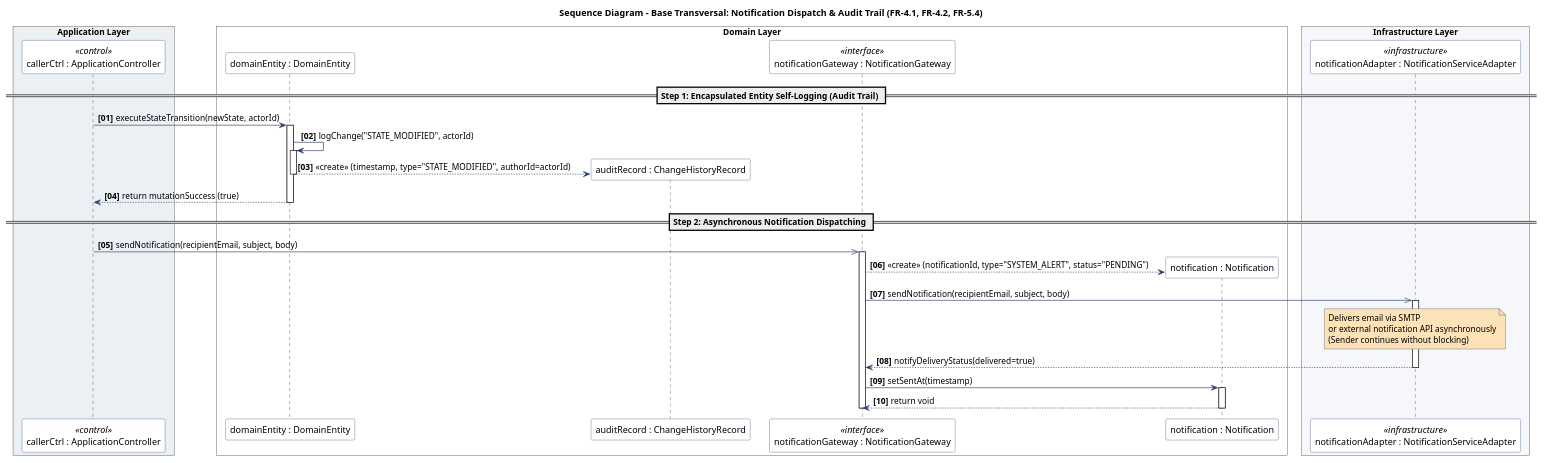
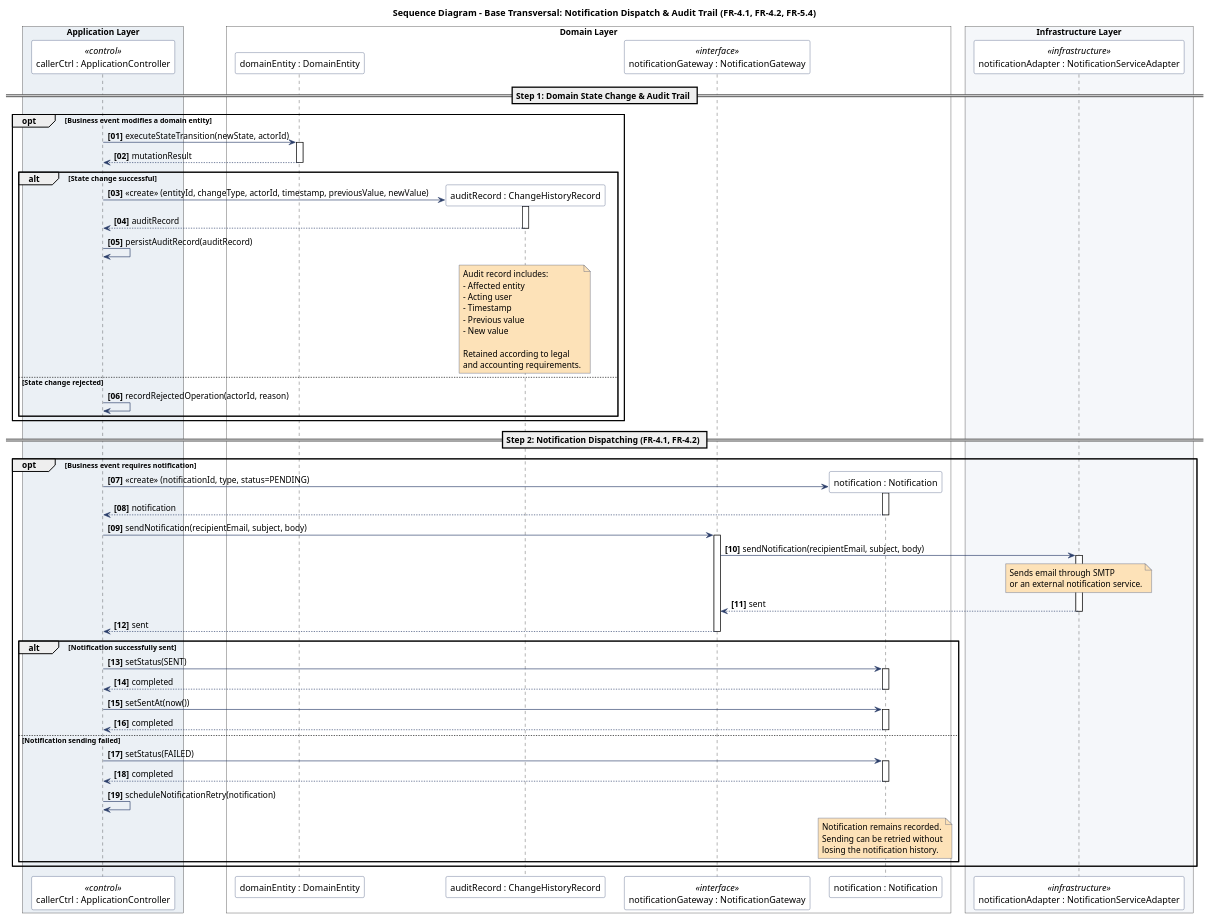
One commit to Sandunga-ADAProj/ada-project changed the diagram in doc/src/sequence-diagrams/SequenceDiagram-Base-Notification-Audit.pu. Above: the diagram before and after it, drawn with PlantUML. The commit also changed 12 other files, not shown here.

Commit message:
Updated class and sequence diagram and improved overall consistency

```diff
--- a/doc/src/sequence-diagrams/SequenceDiagram-Base-Notification-Audit.pu
+++ b/doc/src/sequence-diagrams/SequenceDiagram-Base-Notification-Audit.pu
@@ -1,111 +1,160 @@
 @startuml
 skinparam boxPadding 10
 skinparam participantPadding 10
 
 ' Component/Participant styling
 skinparam participant {
     BackgroundColor #FFFFFF
     BorderColor #2B3E6A
     FontColor #000000
 }
 
 ' Arrow styling
 skinparam arrow {
     Color #2B3E6A
 }
 
 ' Note styling
 skinparam note {
     BackgroundColor #FDE2B8
     BorderColor #2B3E6A
     FontColor #000000
     FontName monospace
 }
 
 title Sequence Diagram - Base Transversal: Notification Dispatch & Audit Trail (FR-4.1, FR-4.2, FR-5.4)
 
-' ─────────────────────────────────────────────────────────────────────────────
-' NOTE ON ABSTRACT PARTICIPANTS
-'
-' This is a reusable base diagram (DS-BASE) referenced by all other SDs via
-' "ref DS-BASE: ...". Its participants are intentionally abstract:
-'
-'   ApplicationController  <<abstract>> — represents any concrete controller
-'     (AccessAndConfigController, CustomerAndSubscriptionController,
-'      InvoicingAndBillingController, ReconciliationController) — see ComponentsDiagram.
-'
-'   DomainEntity  <<abstract>> — represents any concrete domain entity
-'     (Customer, Invoice, Subscription, User, etc.) — see ComponentsDiagram domain components.
-'
-'   ChangeHistoryRecord — cross-cutting audit value object; every domain entity
-'     creates one upon state mutation. Owned by the same subdomain as the mutated entity.
-'     See ComponentsDiagram "Invoice Management" for canonical listing.
-'
-'   Notification — dispatch DTO created by NotificationGateway before async send.
-'     See ComponentsDiagram "Invoice Management" for canonical listing.
-' ─────────────────────────────────────────────────────────────────────────────
+' DS-BASE is a reusable sequence referenced by the other diagrams.
+' ApplicationController and DomainEntity are generic placeholders,
+' not concrete classes from the Class Diagram.
+' ChangeHistoryRecord represents a persistent audit record.
+' NotificationGateway is implemented by NotificationServiceAdapter.
 
 box "Application Layer" #EBF0F5
     ' <<abstract>> — stands for any concrete ApplicationController (see ComponentsDiagram)
     participant Ctrl as "callerCtrl : ApplicationController" <<control>>
 end box
 
 box "Domain Layer" #FFFFFF
     ' <<abstract>> — stands for any concrete domain entity (see ComponentsDiagram domain components)
     participant Entity as "domainEntity : DomainEntity"
     ' ChangeHistoryRecord: cross-cutting audit value object (see ComponentsDiagram note)
     participant Log as "auditRecord : ChangeHistoryRecord"
     ' NotificationGateway: domain port implemented by NotificationServiceAdapter (ComponentsDiagram)
     participant Notifier as "notificationGateway : NotificationGateway" <<interface>>
-    ' Notification: dispatch DTO created before async send (see ComponentsDiagram note)
+    ' Notification: dispatch record created before synchronous send
     participant Notif as "notification : Notification"
 end box
 
 box "Infrastructure Layer" #F5F7FA
     ' NotificationServiceAdapter implements NotificationGateway port (ComponentsDiagram)
     participant Adapter as "notificationAdapter : NotificationServiceAdapter" <<infrastructure>>
 end box
 
 ' --- SEQUENCE FLOW ---
 
 autonumber "<b>[00]</b>"
 
-== Step 1: Encapsulated Entity Self-Logging (Audit Trail) ==
 
-Ctrl -> Entity : executeStateTransition(newState, actorId)
-activate Entity
+== Step 1: Domain State Change & Audit Trail ==
 
-' Entity encapsulates its internal audit logging upon mutation
-Entity -> Entity : logChange("STATE_MODIFIED", actorId)
-activate Entity
-create Log
-Entity --> Log : <<create>> (timestamp, type="STATE_MODIFIED", authorId=actorId)
-deactivate Entity
+opt Business event modifies a domain entity
 
-Entity --> Ctrl : return mutationSuccess (true)
-deactivate Entity
+    Ctrl -> Entity : executeStateTransition(newState, actorId)
+    activate Entity
 
-== Step 2: Asynchronous Notification Dispatching ==
+    Entity --> Ctrl : mutationResult
+    deactivate Entity
 
-' Asynchronous Message (Slide Type 2): Solid line with open arrowhead (non-blocking call)
-Ctrl ->> Notifier : sendNotification(recipientEmail, subject, body)
-activate Notifier
+    alt State change successful
 
-create Notif
-Notifier --> Notif : <<create>> (notificationId, type="SYSTEM_ALERT", status="PENDING")
+        create Log
+        Ctrl -> Log : <<create>> (entityId, changeType, actorId, timestamp, previousValue, newValue)
+        activate Log
 
-' Polymorphic non-blocking dispatch to external infrastructure adapter
-Notifier ->> Adapter : sendNotification(recipientEmail, subject, body)
-activate Adapter
-note over Adapter: Delivers email via SMTP\nor external notification API asynchronously\n(Sender continues without blocking)
-Adapter --> Notifier : notifyDeliveryStatus(delivered=true)
-deactivate Adapter
+        Log --> Ctrl : auditRecord
+        deactivate Log
 
-Notifier -> Notif : setSentAt(timestamp)
-activate Notif
-Notif --> Notifier : return void
-deactivate Notif
+        Ctrl -> Ctrl : persistAuditRecord(auditRecord)
 
-deactivate Notifier
+        note over Log
+            Audit record includes:
+            - Affected entity
+            - Acting user
+            - Timestamp
+            - Previous value
+            - New value
+
+            Retained according to legal
+            and accounting requirements.
+        end note
+
+    else State change rejected
+
+        Ctrl -> Ctrl : recordRejectedOperation(actorId, reason)
+
+    end
+
+end
+
+
+== Step 2: Notification Dispatching (FR-4.1, FR-4.2) ==
+
+opt Business event requires notification
+
+    create Notif
+    Ctrl -> Notif : <<create>> (notificationId, type, status=PENDING)
+    activate Notif
+    Notif --> Ctrl : notification
+    deactivate Notif
+
+    Ctrl -> Notifier : sendNotification(recipientEmail, subject, body)
+    activate Notifier
+
+    Notifier -> Adapter : sendNotification(recipientEmail, subject, body)
+    activate Adapter
+
+    note over Adapter
+        Sends email through SMTP
+        or an external notification service.
+    end note
+
+    Adapter --> Notifier : sent
+    deactivate Adapter
+
+    Notifier --> Ctrl : sent
+    deactivate Notifier
+
+    alt Notification successfully sent
+
+        Ctrl -> Notif : setStatus(SENT)
+        activate Notif
+        Notif --> Ctrl : completed
+        deactivate Notif
+
+        Ctrl -> Notif : setSentAt(now())
+        activate Notif
+        Notif --> Ctrl : completed
+        deactivate Notif
+
+    else Notification sending failed
+
+        Ctrl -> Notif : setStatus(FAILED)
+        activate Notif
+        Notif --> Ctrl : completed
+        deactivate Notif
+
+        Ctrl -> Ctrl : scheduleNotificationRetry(notification)
+
+        note over Notif
+            Notification remains recorded.
+            Sending can be retried without
+            losing the notification history.
+        end note
+
+    end
+
+end
+
 
 @enduml
```
